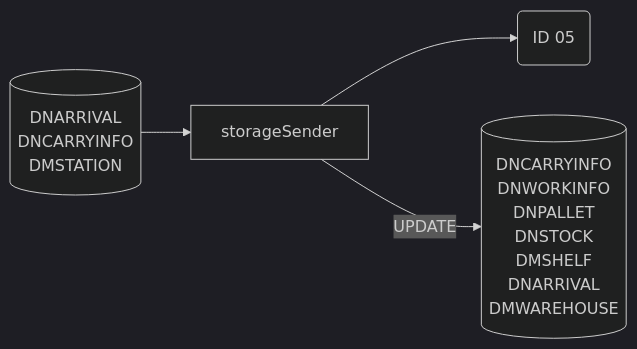
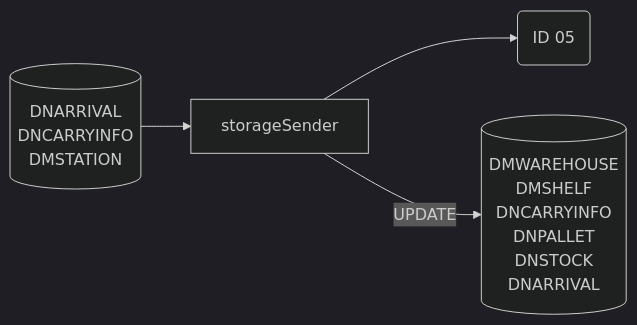
The seventh of 10 diagrams in Basic-Design/DFD-WMS/Storage/Empty-Pallet-Storage-to-Ambient-Area.md (luthfiadityaa/SimeDarby-Wiki), drawn with Mermaid (dark theme) before and after one commit. The commit also changed other lines of this file, not shown here.

```diff
--- a/Basic-Design/DFD-WMS/Storage/Empty-Pallet-Storage-to-Ambient-Area.md
+++ b/Basic-Design/DFD-WMS/Storage/Empty-Pallet-Storage-to-Ambient-Area.md
@@ -535,24 +535,23 @@
 ::: mermaid
 flowchart LR
 storageSender-update[("
+DMWAREHOUSE
+DMSHELF
 DNCARRYINFO
-DNWORKINFO
 DNPALLET
 DNSTOCK
-DMSHELF
 DNARRIVAL
-DMWAREHOUSE
 ")]
 storageSender-input[("
 DNARRIVAL
 DNCARRYINFO
 DMSTATION
 ")]
 
 id05msg("
 ID 05
 ")
 
 storageSender-input-->storageSender-->id05msg
 storageSender--> |UPDATE| storageSender-update
 :::
```
